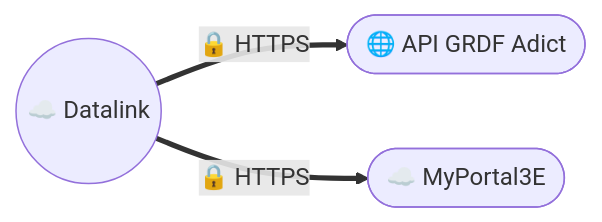
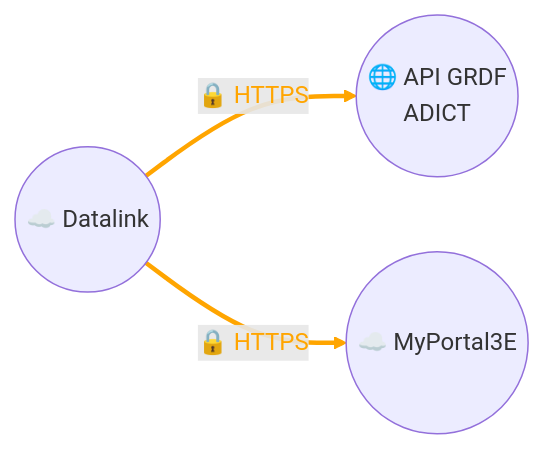
The diagram in docs/data/Collecte de données - API GRDF Adict.md (JohannPx/network-architectures), drawn with Mermaid before and after one commit. The commit also changed 12 other files, not shown here.

````diff
--- a/docs/data/Collecte de données - API GRDF Adict.md
+++ b/docs/data/Collecte de données - API GRDF Adict.md
@@ -5,7 +5,9 @@
 ```mermaid
 flowchart LR
+    datalink((☁️ Datalink)) == 🔒 HTTPS ==> grdf((🌐 API GRDF
+    ADICT))
+    datalink((☁️ Datalink)) == 🔒 HTTPS ==> myportal3e((☁️ MyPortal3E))
 
-    datalink((☁️ Datalink)) == 🔒 HTTPS ==> grdf([🌐 API GRDF Adict])
-    datalink((☁️ Datalink)) == 🔒 HTTPS ==> myportal3e([☁️ MyPortal3E])
-
+    linkStyle 0 stroke:orange,stroke-width:3px,color:orange;
+    linkStyle 1 stroke:orange,stroke-width:3px,color:orange;
 ```
````
